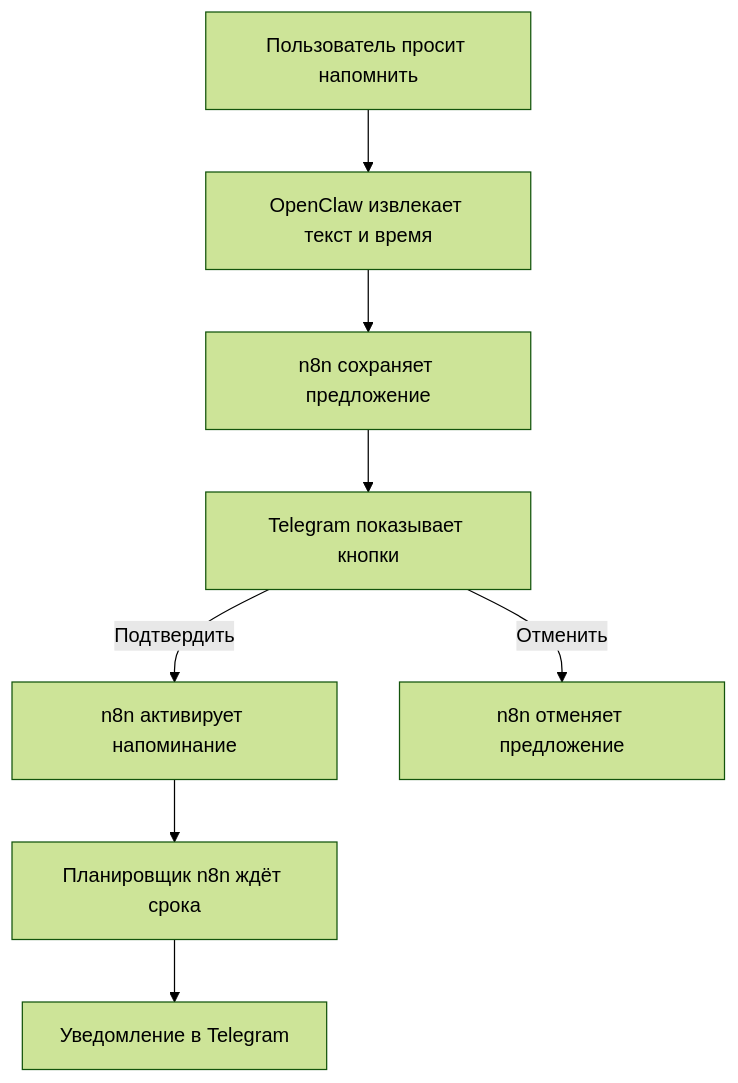
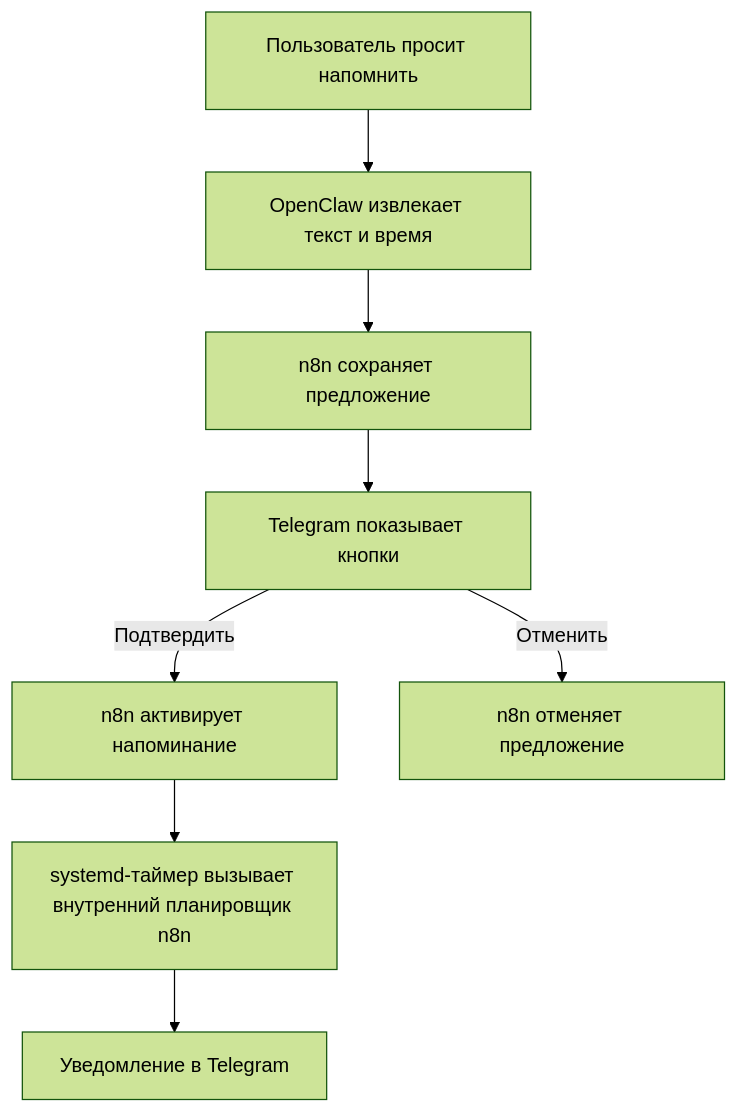
One commit to DmtrGoltsev/ObsidianVault changed the third of 3 diagrams in 02_Знания/Пакеты_контекста/N8NAgents/OpenClaw/Потоки_OpenClaw_n8n_TARGET_2026-08-30.md. Above: the diagram before and after it, drawn with Mermaid (forest theme). The commit also changed other lines of this file and 14 other files, not shown here.

````diff
--- a/02_Знания/Пакеты_контекста/N8NAgents/OpenClaw/Потоки_OpenClaw_n8n_TARGET_2026-08-30.md
+++ b/02_Знания/Пакеты_контекста/N8NAgents/OpenClaw/Потоки_OpenClaw_n8n_TARGET_2026-08-30.md
@@ -58,10 +60,10 @@
 ```mermaid
 flowchart TD
     A[Пользователь просит напомнить] --> B[OpenClaw извлекает текст и время]
     B --> C[n8n сохраняет предложение]
     C --> D[Telegram показывает кнопки]
     D -->|Подтвердить| E[n8n активирует напоминание]
     D -->|Отменить| F[n8n отменяет предложение]
-    E --> G[Планировщик n8n ждёт срока]
+    E --> G[systemd-таймер вызывает внутренний планировщик n8n]
     G --> H[Уведомление в Telegram]
 ```
````
